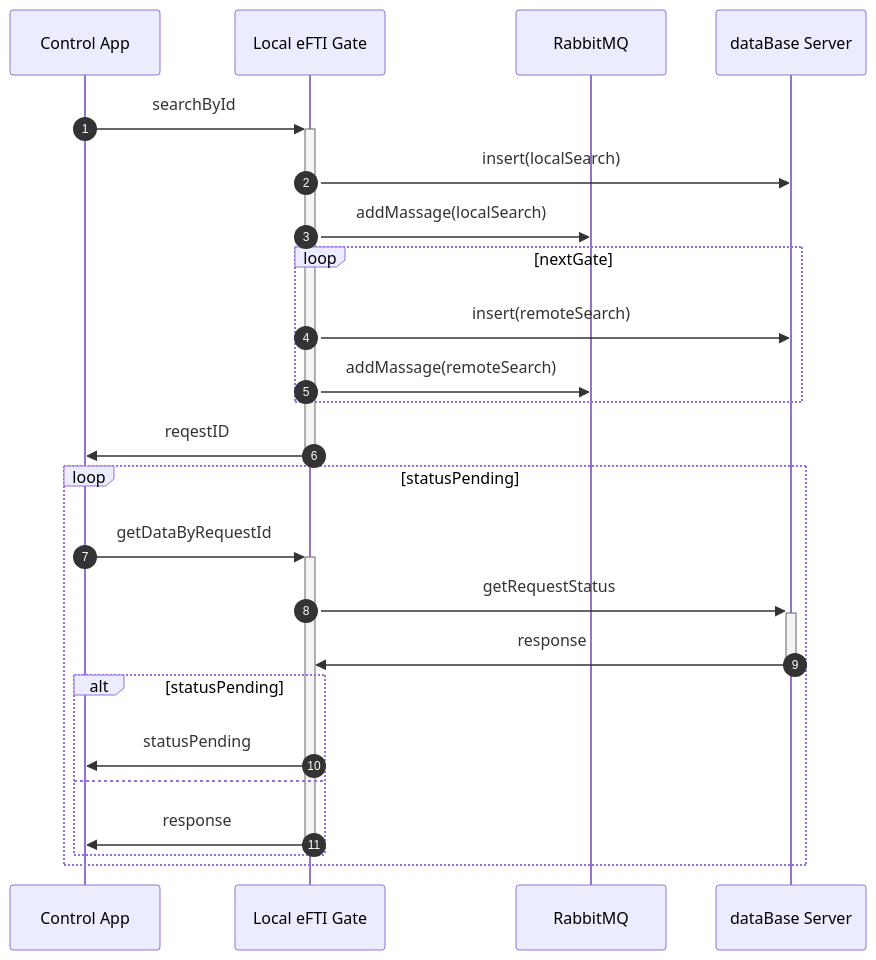
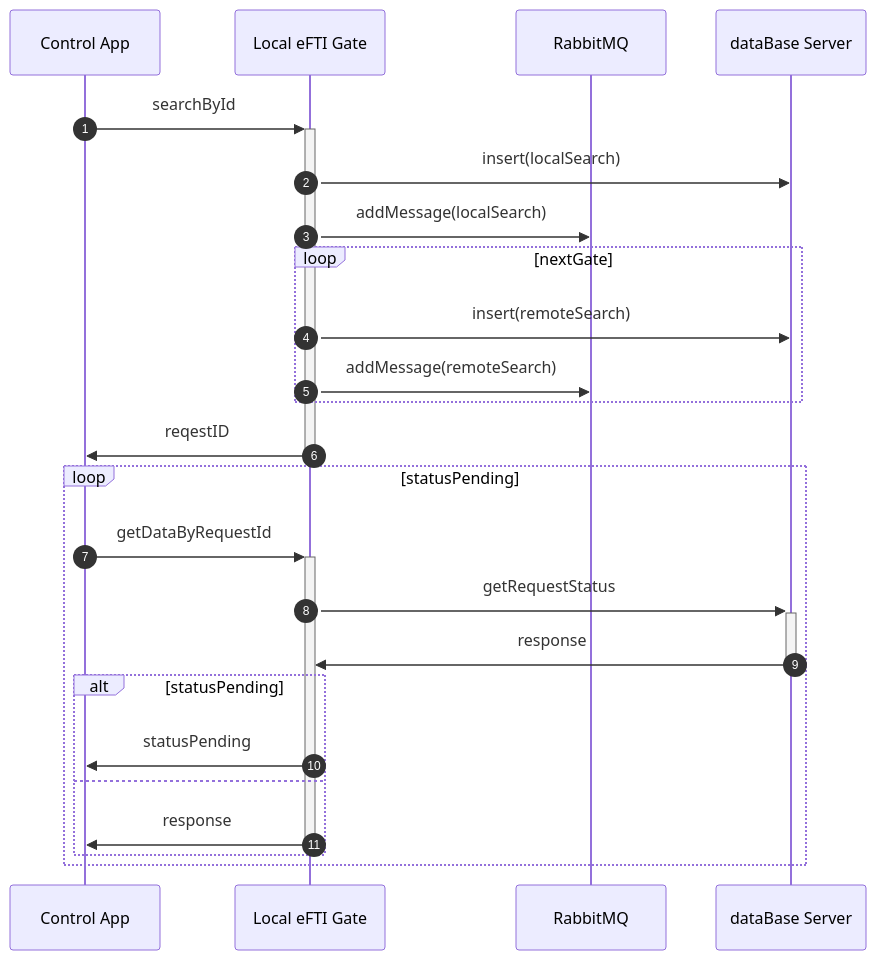
One commit to EFTI4EU/reference-implementation changed the second of 4 diagrams in implementation/README.md. Above: the diagram before and after it, drawn with Mermaid. The commit also changed other lines of this file and 2 other files, not shown here.

Commit message:
Apply suggestions

````diff
--- a/implementation/README.md
+++ b/implementation/README.md
@@ -93,28 +93,28 @@
 ```mermaid
 sequenceDiagram
     autonumber
     participant app as Control App
     participant gate as Local eFTI Gate
     participant mq as RabbitMQ
     participant db as dataBase Server
 
     app->>+gate: searchById
     gate->>db: insert(localSearch)
-    gate->>mq: addMassage(localSearch)
+    gate->>mq: addMessage(localSearch)
     loop nextGate
         gate->>db: insert(remoteSearch)
-        gate->>mq: addMassage(remoteSearch)
+        gate->>mq: addMessage(remoteSearch)
     end
     gate->>-app: reqestID
 
     loop statusPending
         app->>+gate: getDataByRequestId
         gate->>+db: getRequestStatus
         db->>-gate: response
         alt statusPending
             gate->>app: statusPending
         else
             gate->>-app: response
         end
     end
 ```
````
